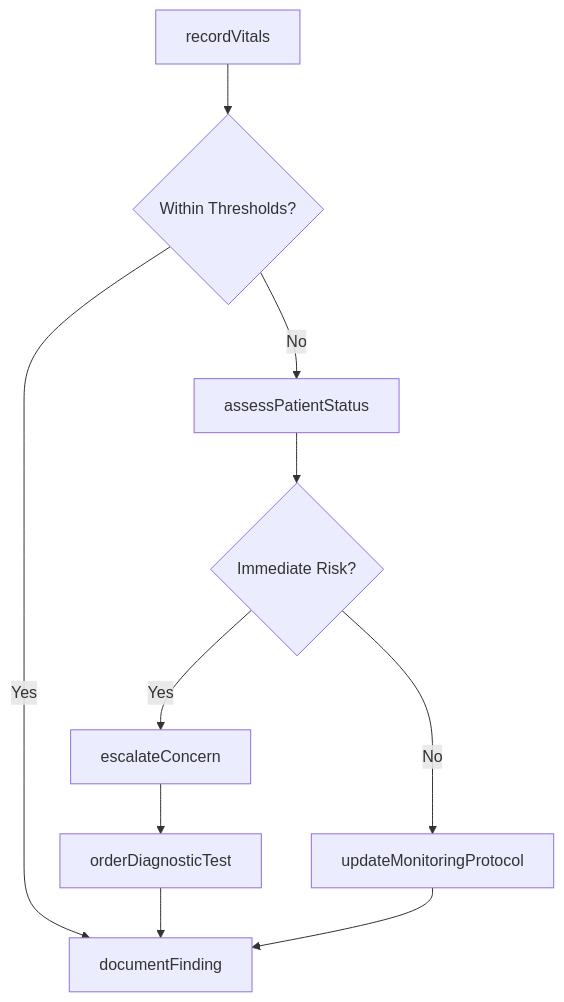
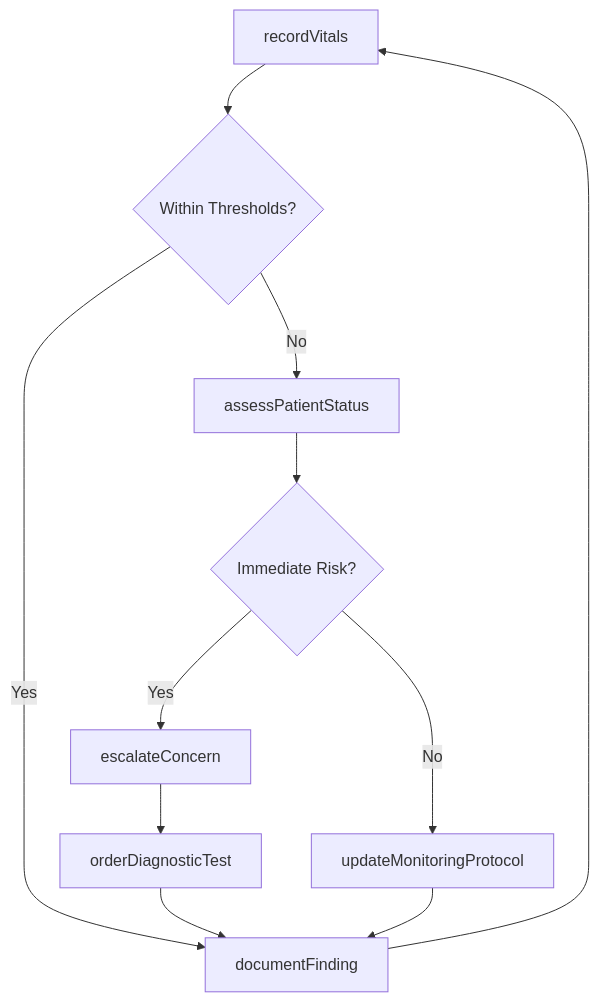
Before and after one commit to dot-org-ai/tasks.org.ai: the third of 4 diagrams in MonitoringProcessesMaterialsOrSurroundings/MonitorHealthConditionsOfHumansOrAnimals/MonitorPatientsDetectHealthProblems.mdx, drawn with Mermaid. The commit also changed other lines of this file and 504 other files, not shown here.

First line of the commit message:
feat: Add ER diagrams, state diagrams, and workflow improvements to 96 DWA task files

````diff
--- a/MonitoringProcessesMaterialsOrSurroundings/MonitorHealthConditionsOfHumansOrAnimals/MonitorPatientsDetectHealthProblems.mdx
+++ b/MonitoringProcessesMaterialsOrSurroundings/MonitorHealthConditionsOfHumansOrAnimals/MonitorPatientsDetectHealthProblems.mdx
@@ -86,12 +118,13 @@
 ```mermaid
 graph TD
     A[recordVitals] --> B{Within Thresholds?}
     B -->|Yes| C[documentFinding]
     B -->|No| D[assessPatientStatus]
     D --> E{Immediate Risk?}
     E -->|Yes| F[escalateConcern]
     E -->|No| G[updateMonitoringProtocol]
     F --> H[orderDiagnosticTest]
     H --> C
     G --> C
+    C --> A
 ```
````
